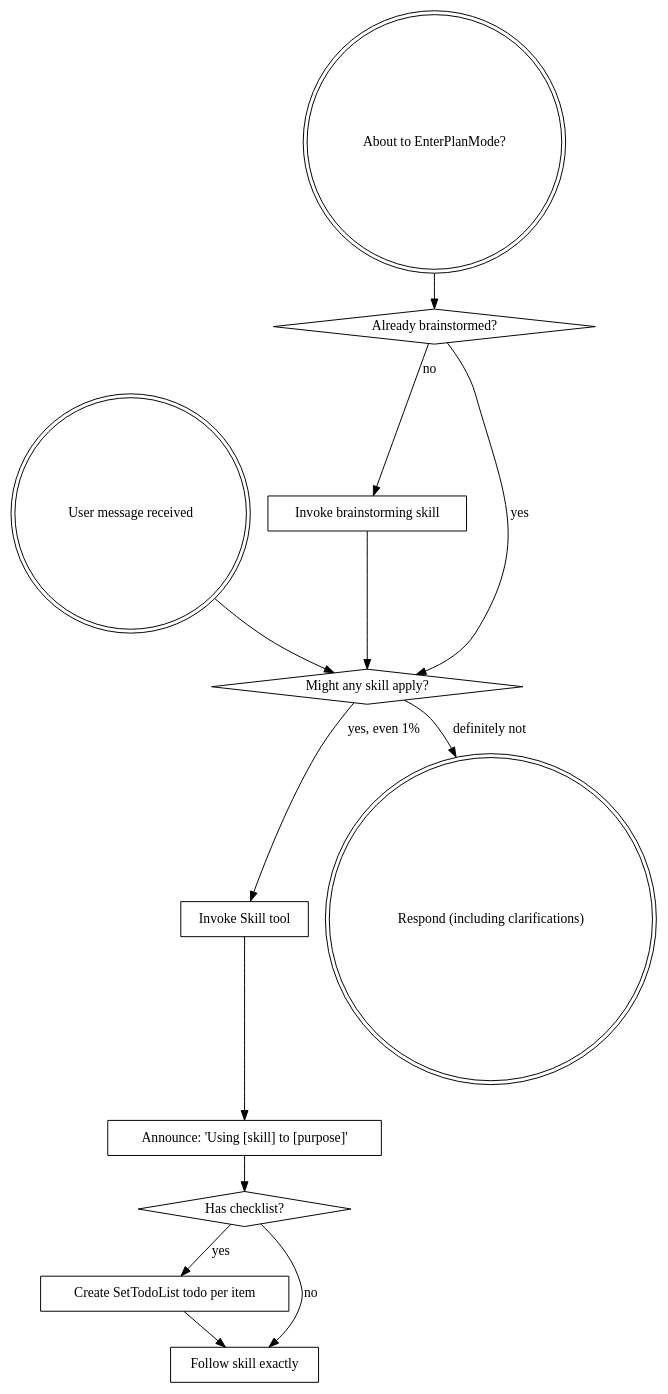
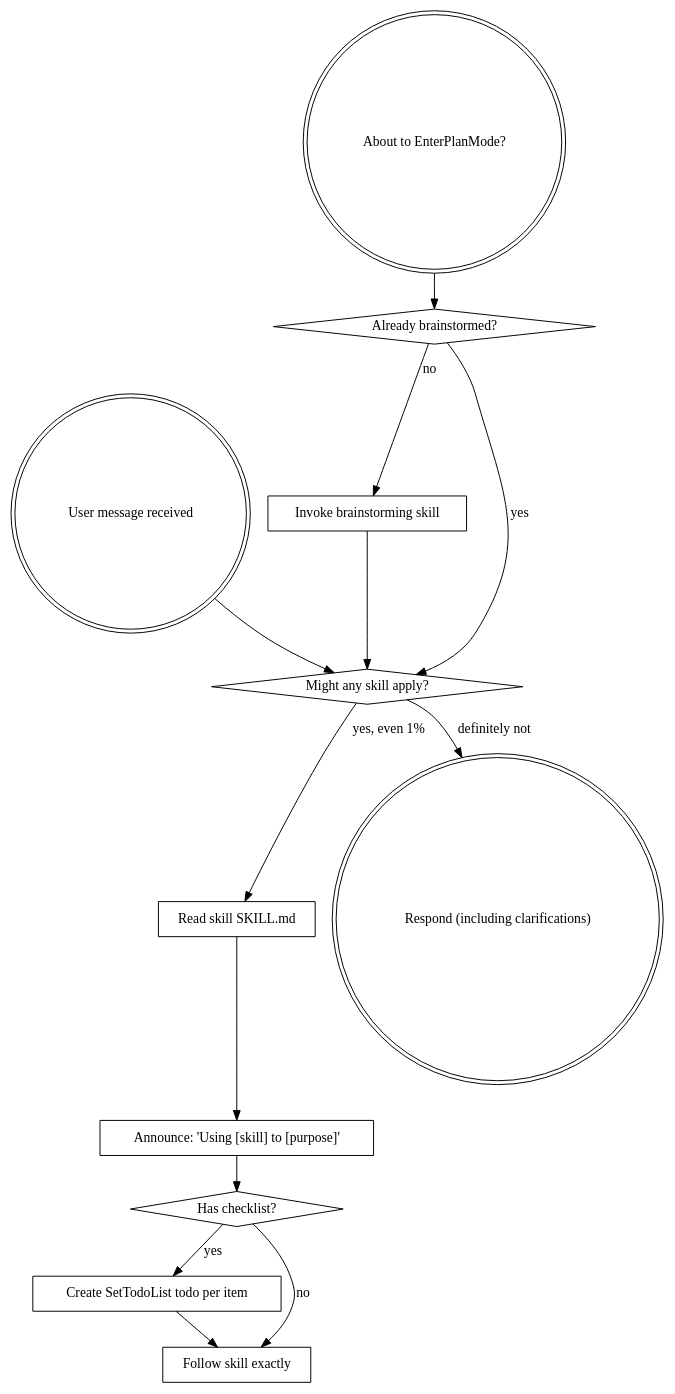
One commit to WingfyLyu/superpowers-kimi changed the diagram in skills/using-superpowers/SKILL.md. Above: the diagram before and after it, drawn with Graphviz. The commit also changed other lines of this file, not shown here.

Commit message:
feat: 重写 using-superpowers skill 适配 Kimi Code CLI bootstrap

````diff
--- a/skills/using-superpowers/SKILL.md
+++ b/skills/using-superpowers/SKILL.md
@@ -48,29 +40,29 @@
 ```dot
 digraph skill_flow {
     "User message received" [shape=doublecircle];
     "About to EnterPlanMode?" [shape=doublecircle];
     "Already brainstormed?" [shape=diamond];
     "Invoke brainstorming skill" [shape=box];
     "Might any skill apply?" [shape=diamond];
-    "Invoke Skill tool" [shape=box];
+    "Read skill SKILL.md" [shape=box];
     "Announce: 'Using [skill] to [purpose]'" [shape=box];
     "Has checklist?" [shape=diamond];
     "Create SetTodoList todo per item" [shape=box];
     "Follow skill exactly" [shape=box];
     "Respond (including clarifications)" [shape=doublecircle];
 
     "About to EnterPlanMode?" -> "Already brainstormed?";
     "Already brainstormed?" -> "Invoke brainstorming skill" [label="no"];
     "Already brainstormed?" -> "Might any skill apply?" [label="yes"];
     "Invoke brainstorming skill" -> "Might any skill apply?";
 
     "User message received" -> "Might any skill apply?";
-    "Might any skill apply?" -> "Invoke Skill tool" [label="yes, even 1%"];
+    "Might any skill apply?" -> "Read skill SKILL.md" [label="yes, even 1%"];
     "Might any skill apply?" -> "Respond (including clarifications)" [label="definitely not"];
-    "Invoke Skill tool" -> "Announce: 'Using [skill] to [purpose]'";
+    "Read skill SKILL.md" -> "Announce: 'Using [skill] to [purpose]'";
     "Announce: 'Using [skill] to [purpose]'" -> "Has checklist?";
     "Has checklist?" -> "Create SetTodoList todo per item" [label="yes"];
     "Has checklist?" -> "Follow skill exactly" [label="no"];
     "Create SetTodoList todo per item" -> "Follow skill exactly";
 }
 ```
````
